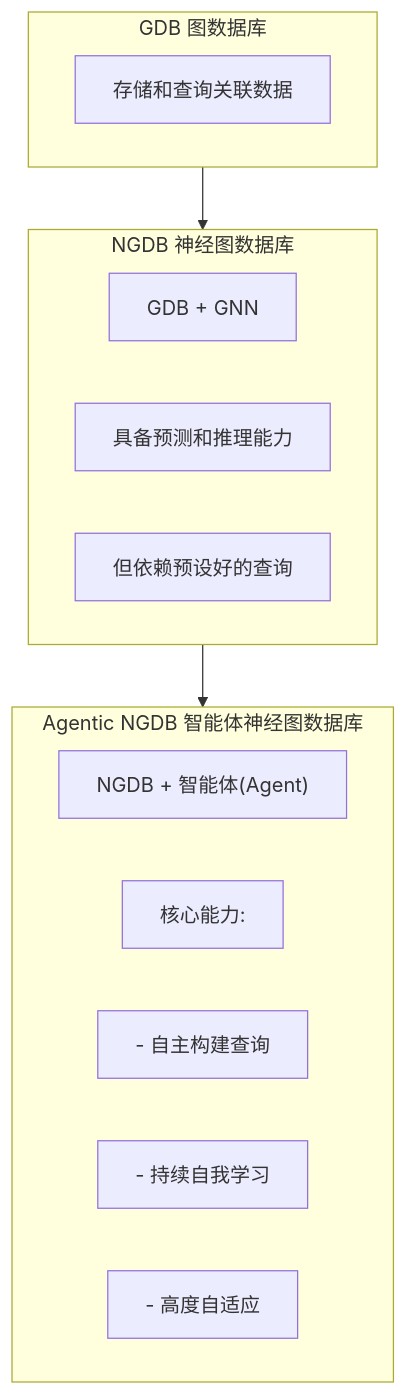
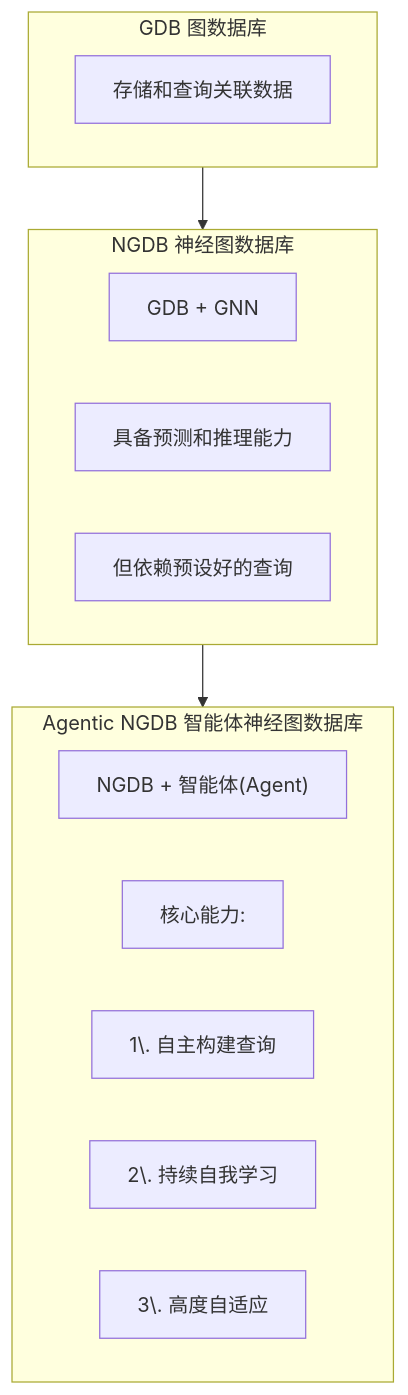
The first of 3 diagrams in 202507/20250723_01.md (digoal/blog), drawn with Mermaid before and after one commit.

````diff
--- a/202507/20250723_01.md
+++ b/202507/20250723_01.md
@@ -117,26 +117,26 @@
 ```mermaid
 graph TD
     A[GDB 图数据库] --> B[NGDB 神经图数据库];
     B --> C[Agentic NGDB 智能体神经图数据库];
 
     subgraph A [GDB 图数据库]
         direction LR
         A1[存储和查询关联数据 ]
     end
 
     subgraph B [NGDB 神经图数据库]
         direction LR
         B1["GDB + GNN "]
         B2["具备预测和推理能力 "]
         B3["但依赖预设好的查询 "]
     end
 
     subgraph C [Agentic NGDB 智能体神经图数据库]
         direction LR
         C1["NGDB + 智能体(Agent) "]
         C2["核心能力:"]
-        C3["- 自主构建查询 "]
-        C4["- 持续自我学习 "]
-        C5["- 高度自适应 "]
+        C3["1\. 自主构建查询 "]
+        C4["2\. 持续自我学习 "]
+        C5["3\. 高度自适应 "]
     end
 ```
````
